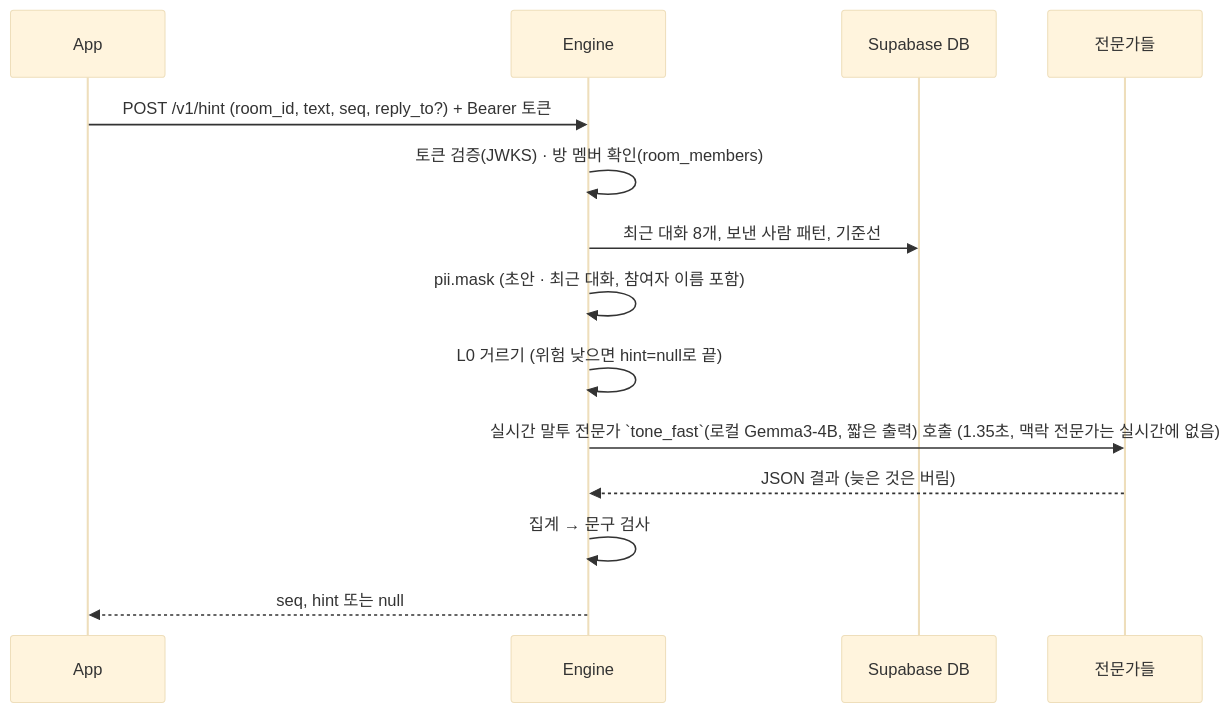
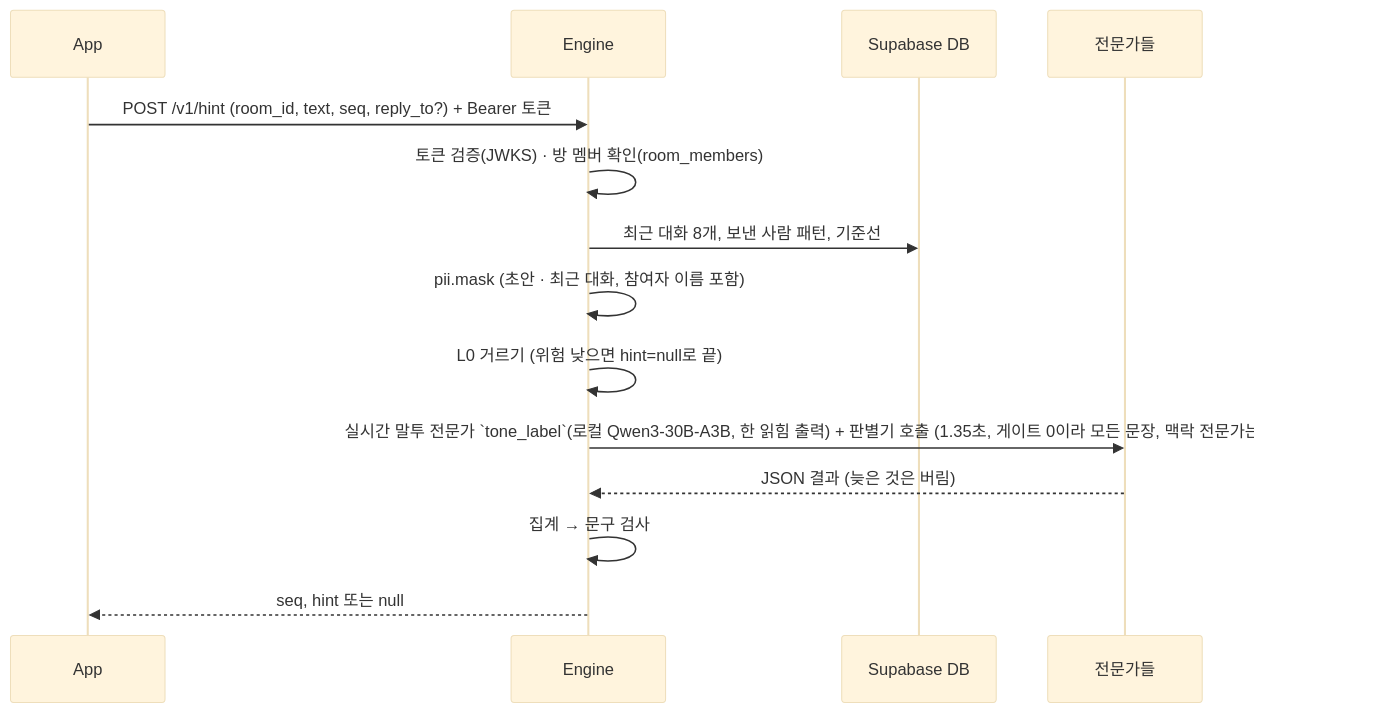
One commit to Daegyu519/Adventure_Design changed the second of 2 diagrams in ARCHITECTURE.md. Above: the diagram before and after it, drawn with Mermaid (base theme). The commit also changed other lines of this file and 19 other files, not shown here.

Commit message:
P-33: 실시간 Qwen 한 읽힘 + 판별기, 게이트 0, 비속어·화 신호

````diff
--- a/ARCHITECTURE.md
+++ b/ARCHITECTURE.md
@@ -121,16 +121,16 @@
 ```mermaid
 sequenceDiagram
   participant App
   participant Engine
   participant DB as Supabase DB
   participant Experts as 전문가들
   App->>Engine: POST /v1/hint (room_id, text, seq, reply_to?) + Bearer 토큰
   Engine->>Engine: 토큰 검증(JWKS) · 방 멤버 확인(room_members)
   Engine->>DB: 최근 대화 8개, 보낸 사람 패턴, 기준선
   Engine->>Engine: pii.mask (초안 · 최근 대화, 참여자 이름 포함)
   Engine->>Engine: L0 거르기 (위험 낮으면 hint=null로 끝)
-  Engine->>Experts: 실시간 말투 전문가 `tone_fast`(로컬 Gemma3-4B, 짧은 출력) 호출 (1.35초, 맥락 전문가는 실시간에 없음)
+  Engine->>Experts: 실시간 말투 전문가 `tone_label`(로컬 Qwen3-30B-A3B, 한 읽힘 출력) + 판별기 호출 (1.35초, 게이트 0이라 모든 문장, 맥락 전문가는 실시간에 없음)
   Experts-->>Engine: JSON 결과 (늦은 것은 버림)
   Engine->>Engine: 집계 → 문구 검사
   Engine-->>App: seq, hint 또는 null
 ```
````
